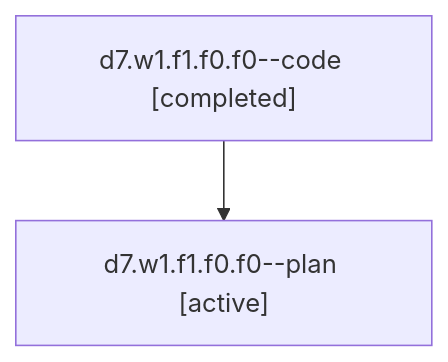
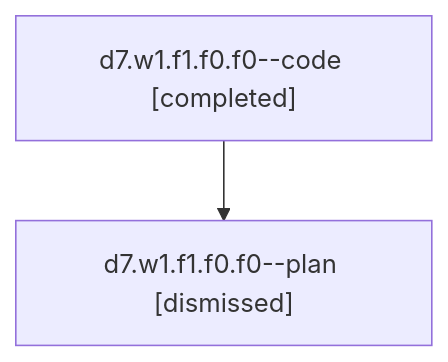
One commit to sase-org/sase--agents changed the diagram in sessions/bbugyi200.athena.d7.w1.f1.f0.f0.md. Above: the diagram before and after it, drawn with Mermaid. The commit also changed other lines of this file and 69 other files, not shown here.

````diff
--- a/sessions/bbugyi200.athena.d7.w1.f1.f0.f0.md
+++ b/sessions/bbugyi200.athena.d7.w1.f1.f0.f0.md
@@ -9,6 +9,6 @@
 ```mermaid
 flowchart TD
   n0["d7.w1.f1.f0.f0--code [completed]"]
-  n1["d7.w1.f1.f0.f0--plan [active]"]
+  n1["d7.w1.f1.f0.f0--plan [dismissed]"]
   n0 --> n1
 ```
````
